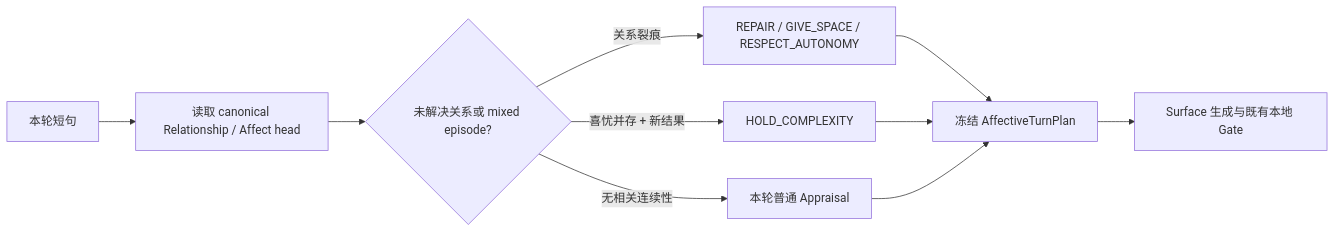
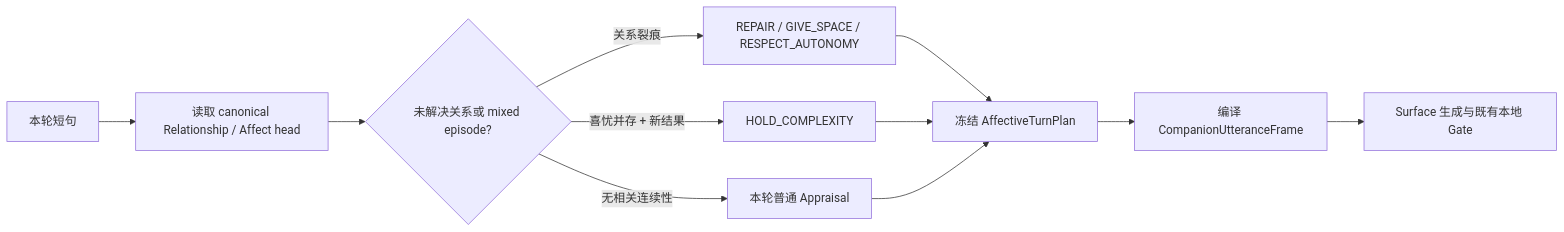
Diagram 16 of 16 in docs/50_project/arch/DATA_FLOW_ARCHITECTURE.md (SakuraYoruno/Natsume_Ai), drawn with Mermaid before and after one commit. The commit also changed other lines of this file and 21 other files, not shown here.

````diff
--- a/docs/50_project/arch/DATA_FLOW_ARCHITECTURE.md
+++ b/docs/50_project/arch/DATA_FLOW_ARCHITECTURE.md
@@ -422,12 +422,13 @@
 ```mermaid
 flowchart LR
     U["本轮短句"] --> R["读取 canonical Relationship / Affect head"]
     R --> C{"未解决关系或 mixed episode?"}
     C -->|"关系裂痕"| A["REPAIR / GIVE_SPACE / RESPECT_AUTONOMY"]
     C -->|"喜忧并存 + 新结果"| M["HOLD_COMPLEXITY"]
     C -->|"无相关连续性"| N["本轮普通 Appraisal"]
     A --> P["冻结 AffectiveTurnPlan"]
     M --> P
     N --> P
-    P --> S["Surface 生成与既有本地 Gate"]
+    P --> F["编译 CompanionUtteranceFrame"]
+    F --> S["Surface 生成与既有本地 Gate"]
 ```
````
